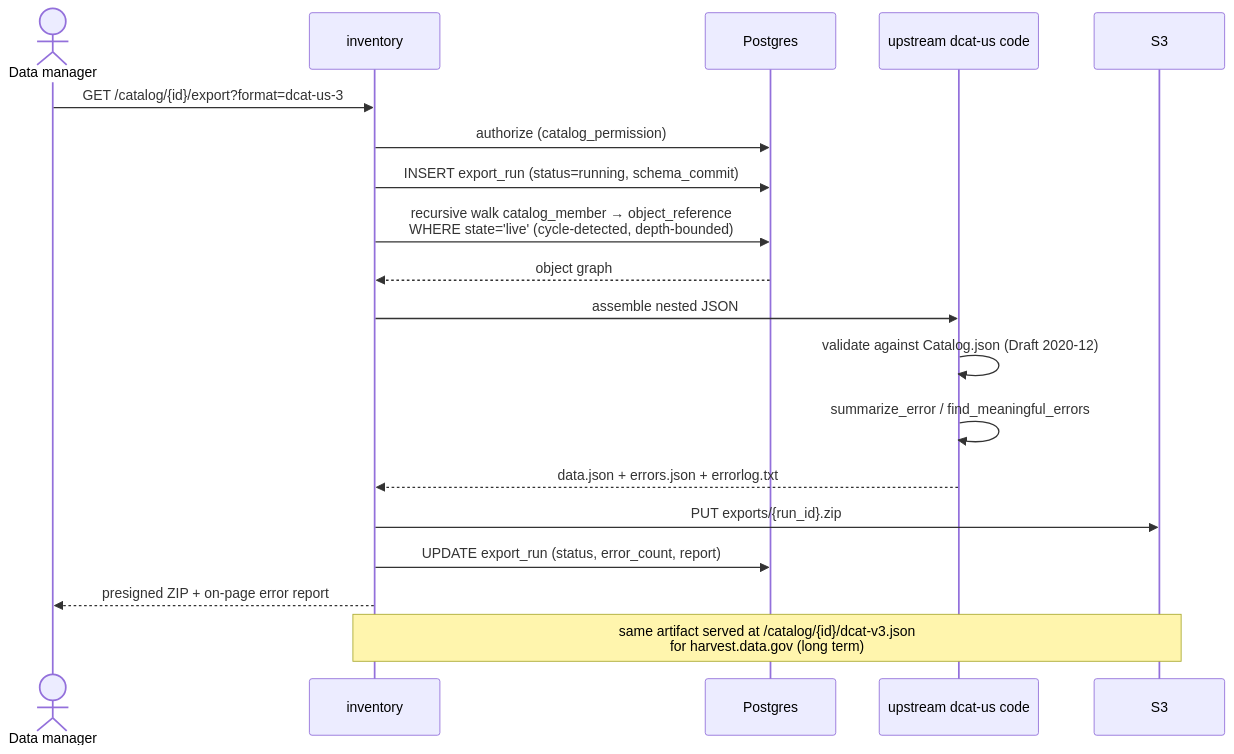
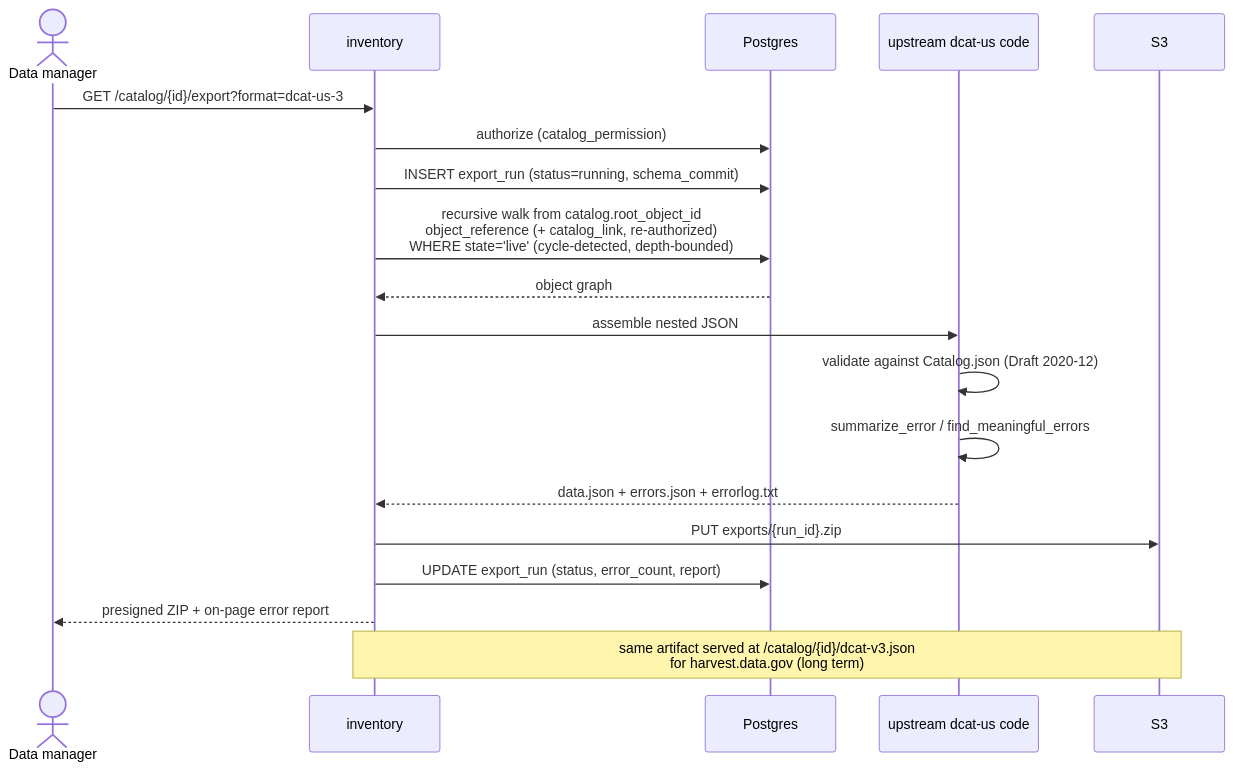
Before and after one commit to GSA/datagov-inventory: the fourth of 7 diagrams in docs/architecture.md, drawn with Mermaid. The commit also changed other lines of this file and 1 other file, not shown here.

First line of the commit message:
Update Catalog type in db model

````diff
--- a/docs/architecture.md
+++ b/docs/architecture.md
@@ -353,22 +374,22 @@
 ```mermaid
 sequenceDiagram
     actor U as Data manager
     participant W as inventory
     participant DB as Postgres
     participant V as upstream dcat-us code
     participant S3
 
     U->>W: GET /catalog/{id}/export?format=dcat-us-3
     W->>DB: authorize (catalog_permission)
     W->>DB: INSERT export_run (status=running, schema_commit)
-    W->>DB: recursive walk catalog_member → object_reference<br/>WHERE state='live' (cycle-detected, depth-bounded)
+    W->>DB: recursive walk from catalog.root_object_id<br/>object_reference (+ catalog_link, re-authorized)<br/>WHERE state='live' (cycle-detected, depth-bounded)
     DB-->>W: object graph
     W->>V: assemble nested JSON
     V->>V: validate against Catalog.json (Draft 2020-12)
     V->>V: summarize_error / find_meaningful_errors
     V-->>W: data.json + errors.json + errorlog.txt
     W->>S3: PUT exports/{run_id}.zip
     W->>DB: UPDATE export_run (status, error_count, report)
     W-->>U: presigned ZIP + on-page error report
     Note over W,S3: same artifact served at /catalog/{id}/dcat-v3.json<br/>for harvest.data.gov (long term)
 ```
````
